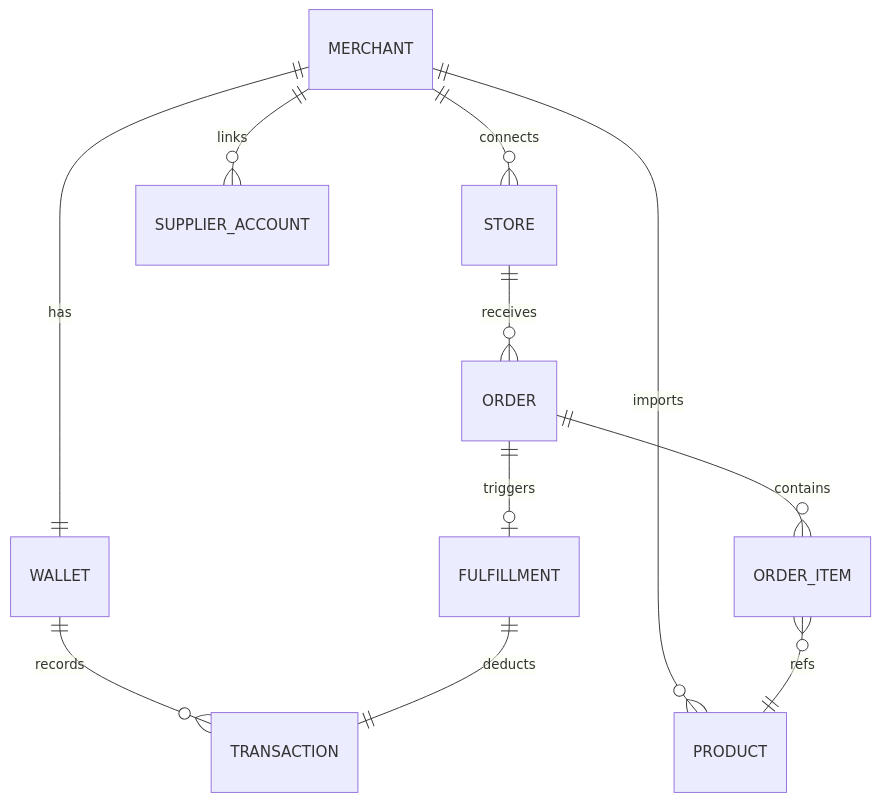
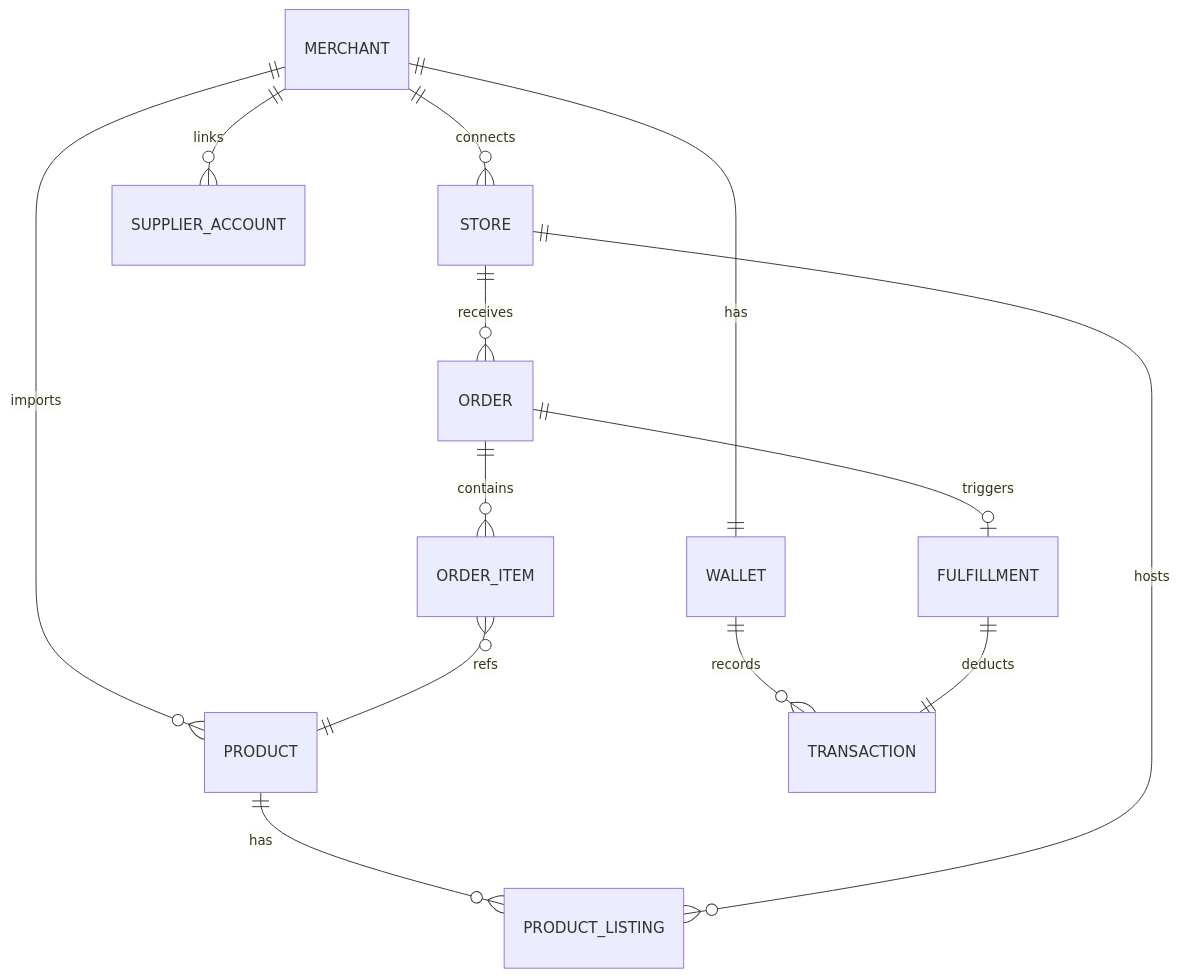
Before and after one commit to drjimmy1990/dropshipping: the third of 4 diagrams in implementation_plan2.md, drawn with Mermaid. The commit also changed other lines of this file and 6 other files, not shown here.

````diff
--- a/implementation_plan2.md
+++ b/implementation_plan2.md
@@ -326,13 +326,15 @@
 ```mermaid
 erDiagram
     MERCHANT ||--|| WALLET : "has"
     MERCHANT ||--o{ STORE : "connects"
     MERCHANT ||--o{ SUPPLIER_ACCOUNT : "links"
     MERCHANT ||--o{ PRODUCT : "imports"
+    PRODUCT ||--o{ PRODUCT_LISTING : "has"
+    STORE ||--o{ PRODUCT_LISTING : "hosts"
     WALLET ||--o{ TRANSACTION : "records"
     STORE ||--o{ ORDER : "receives"
     ORDER ||--o{ ORDER_ITEM : "contains"
     ORDER_ITEM }o--|| PRODUCT : "refs"
     ORDER ||--o| FULFILLMENT : "triggers"
     FULFILLMENT ||--|| TRANSACTION : "deducts"
 ```
````
